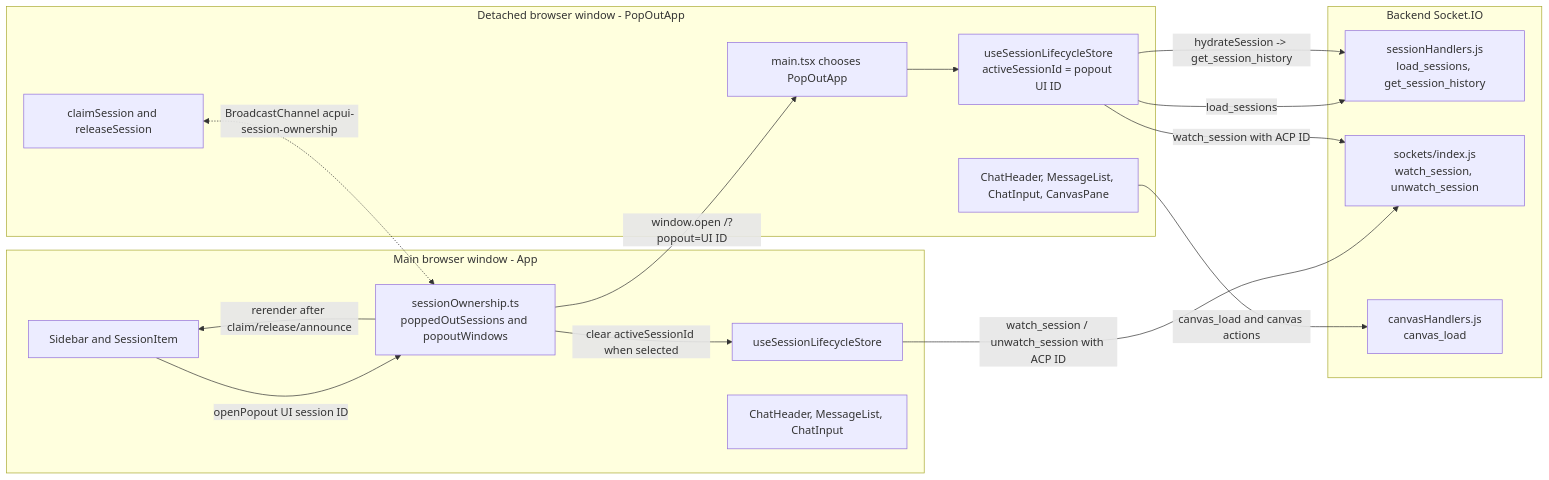
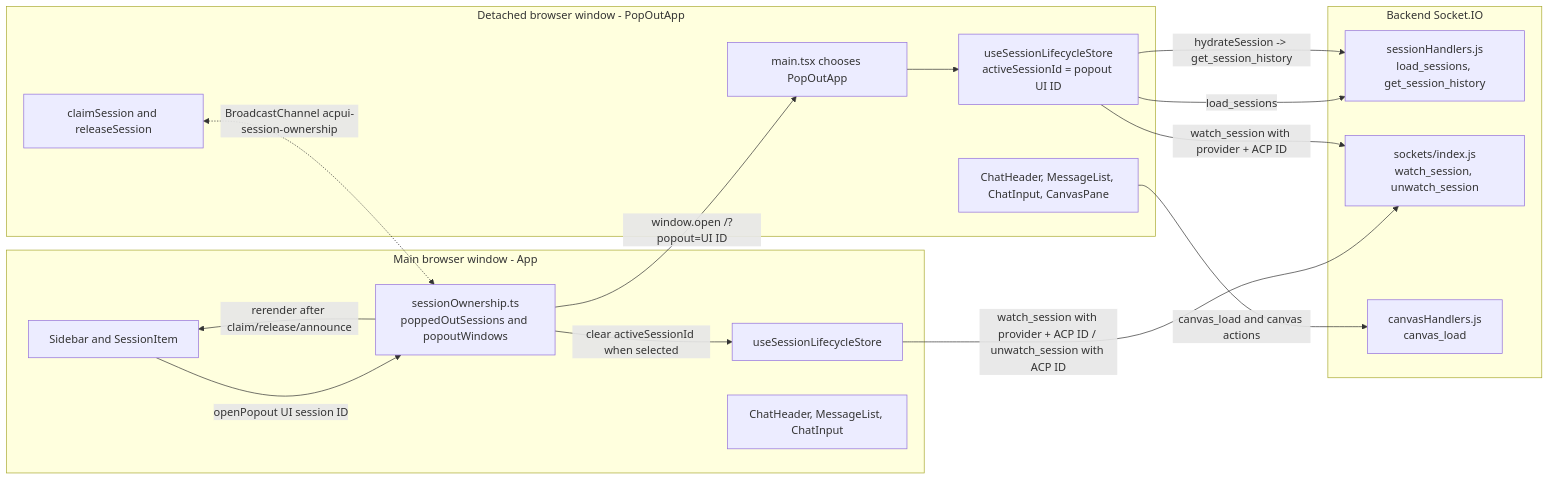
The diagram in documents/[Feature Doc] - Pop Out Chat.md (BitsInBytes/AcpUI), drawn with Mermaid before and after one commit. The commit also changed other lines of this file and 56 other files, not shown here.

````diff
--- a/documents/[Feature Doc] - Pop Out Chat.md
+++ b/documents/[Feature Doc] - Pop Out Chat.md
@@ -279,36 +285,36 @@
 ```mermaid
 flowchart LR
   subgraph MainWindow[Main browser window - App]
     Sidebar[Sidebar and SessionItem]
     MainSessionStore[useSessionLifecycleStore]
     MainOwnership[sessionOwnership.ts\npoppedOutSessions and popoutWindows]
     MainChat[ChatHeader, MessageList, ChatInput]
   end
 
   subgraph PopoutWindow[Detached browser window - PopOutApp]
     PopoutRoot[main.tsx chooses PopOutApp]
     PopoutSessionStore[useSessionLifecycleStore\nactiveSessionId = popout UI ID]
     PopoutOwnership[claimSession and releaseSession]
     PopoutChat[ChatHeader, MessageList, ChatInput, CanvasPane]
   end
 
   subgraph Backend[Backend Socket.IO]
     SessionHandlers[sessionHandlers.js\nload_sessions, get_session_history]
     Rooms[sockets/index.js\nwatch_session, unwatch_session]
     CanvasHandlers[canvasHandlers.js\ncanvas_load]
   end
 
   Sidebar -->|openPopout UI session ID| MainOwnership
   MainOwnership -->|window.open /?popout=UI ID| PopoutRoot
   MainOwnership -->|clear activeSessionId when selected| MainSessionStore
-  MainSessionStore -->|watch_session / unwatch_session with ACP ID| Rooms
+  MainSessionStore -->|watch_session with provider + ACP ID / unwatch_session with ACP ID| Rooms
 
   PopoutRoot --> PopoutSessionStore
   PopoutSessionStore -->|load_sessions| SessionHandlers
-  PopoutSessionStore -->|watch_session with ACP ID| Rooms
+  PopoutSessionStore -->|watch_session with provider + ACP ID| Rooms
   PopoutSessionStore -->|hydrateSession -> get_session_history| SessionHandlers
   PopoutChat -->|canvas_load and canvas actions| CanvasHandlers
 
   PopoutOwnership <-.->|BroadcastChannel acpui-session-ownership| MainOwnership
   MainOwnership -->|rerender after claim/release/announce| Sidebar
 ```
````
